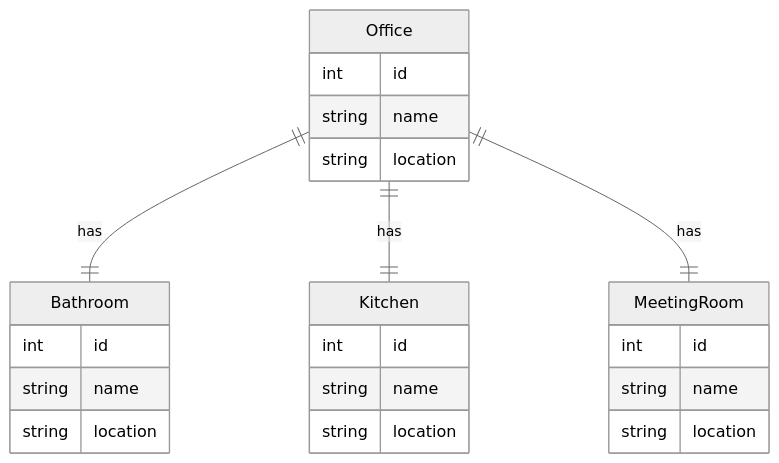
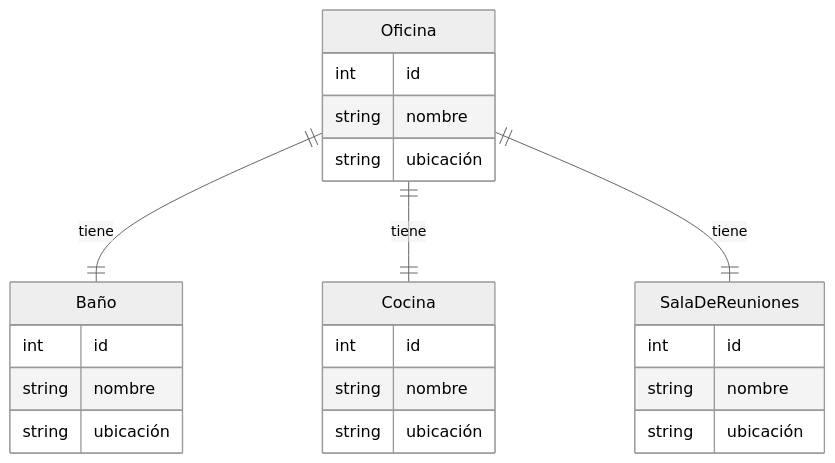
Before and after one commit to despiau/mermaid: the fifth of 10 diagrams in README.md, drawn with Mermaid (neutral theme). The commit also changed other lines of this file, not shown here.

````diff
--- a/README.md
+++ b/README.md
@@ -74,26 +74,26 @@
 ```mermaid
 erDiagram
-    Office ||--|| Bathroom: has
-    Office {
+    Oficina ||--|| Baño: tiene
+    Oficina {
       int id
-      string name
-      string location
+      string nombre
+      string ubicación
     }
-    Bathroom {
+    Baño {
       int id
-      string name
-      string location
+      string nombre
+      string ubicación
     }
-    Office ||--|| Kitchen: has
-    Kitchen {
+    Oficina ||--|| Cocina: tiene
+    Cocina {
       int id
-      string name
-      string location
+      string nombre
+      string ubicación
     }
-    Office ||--|| MeetingRoom: has
-    MeetingRoom {
+    Oficina ||--|| SalaDeReuniones: tiene
+    SalaDeReuniones {
       int id
-      string name
-      string location
+      string nombre
+      string ubicación
     }
 ```
````
